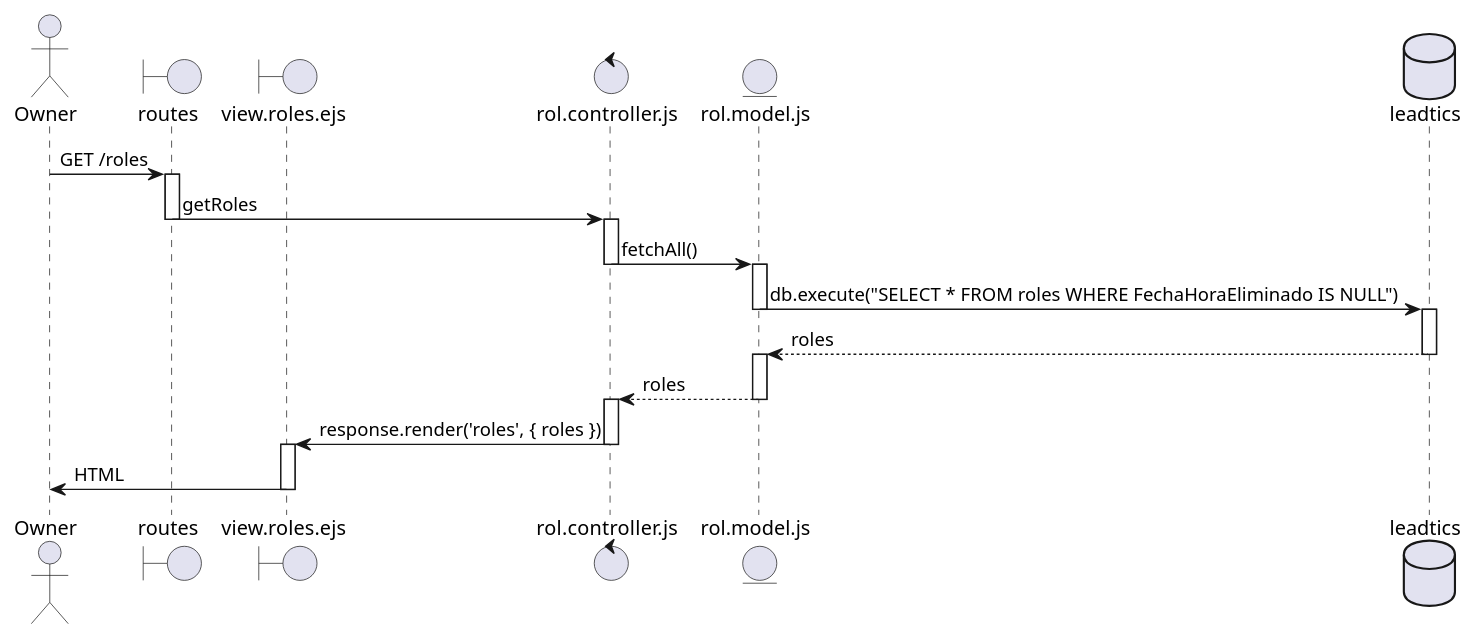
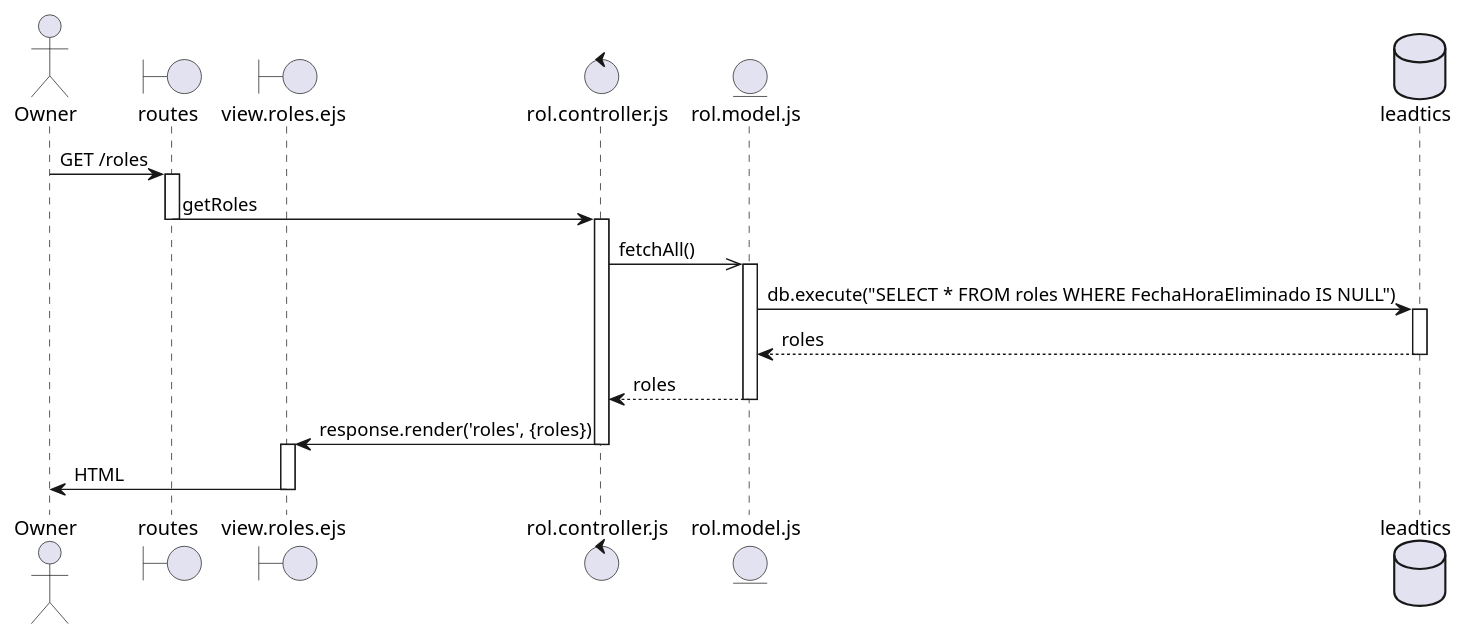
Before and after one commit to DiegoGarciaPadilla/TC2005B-Leadsales: the diagram in docs/DiagramasSecuencia/CU14.wsd, drawn with PlantUML.

Commit message:
fix(CU14.wsd): fix sequence diagram

```diff
--- a/docs/DiagramasSecuencia/CU14.wsd
+++ b/docs/DiagramasSecuencia/CU14.wsd
@@ -1,40 +1,36 @@
-@startuml
+@startuml CU14
 
 actor Owner
 boundary routes
 boundary view.roles.ejs
 control rol.controller.js
 entity rol.model.js
 database leadtics
 
 Owner -> routes : GET /roles
 activate routes
 
 routes -> rol.controller.js : getRoles
 deactivate routes
 activate rol.controller.js
 
-rol.controller.js -> rol.model.js : fetchAll()
-deactivate rol.controller.js
+rol.controller.js ->> rol.model.js : fetchAll()
 activate rol.model.js
 
 rol.model.js -> leadtics : db.execute("SELECT * FROM roles WHERE FechaHoraEliminado IS NULL")
-deactivate rol.model.js
 activate leadtics
 
 leadtics --> rol.model.js : roles
 deactivate leadtics
-activate rol.model.js
 
 rol.model.js --> rol.controller.js : roles
 deactivate rol.model.js
-activate rol.controller.js
 
-rol.controller.js -> view.roles.ejs : response.render('roles', { roles })
+rol.controller.js -> view.roles.ejs : response.render('roles', {roles})
 deactivate rol.controller.js
 activate view.roles.ejs
 
 view.roles.ejs -> Owner : HTML
 deactivate view.roles.ejs
 
 @enduml
```
